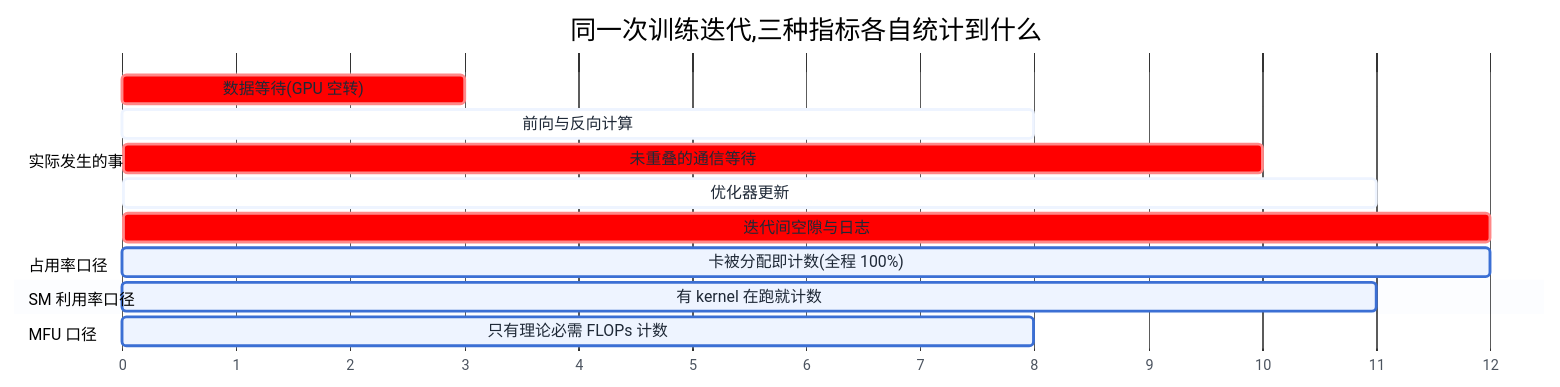
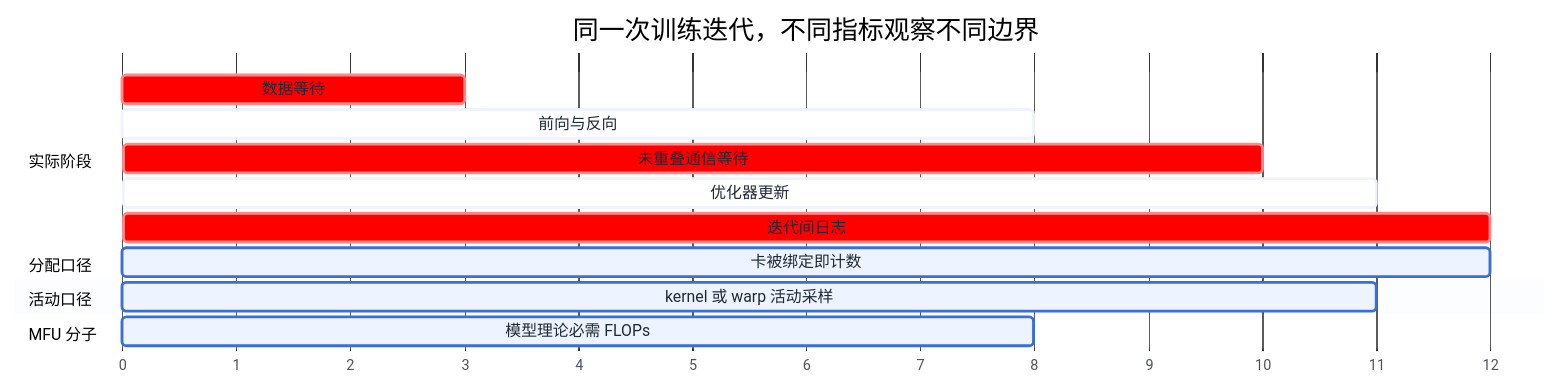
The first of 2 diagrams in 第二部分-算力底座/第11章-多租户与利用率治理.md (cdavid817/AI-Infra), drawn with Mermaid before and after one commit. The commit also changed other lines of this file and 117 other files, not shown here.

````diff
--- a/第二部分-算力底座/第11章-多租户与利用率治理.md
+++ b/第二部分-算力底座/第11章-多租户与利用率治理.md
@@ -55,23 +97,23 @@
 ```mermaid
 %%{init: {'theme':'base','themeVariables':{
   'primaryColor':'#EEF4FF','primaryBorderColor':'#3B6FD4','primaryTextColor':'#1F2937',
   'secondaryColor':'#F3F4F6','tertiaryColor':'#FFFFFF',
   'lineColor':'#6B7280','fontFamily':'-apple-system, Segoe UI, Helvetica, Arial, sans-serif','fontSize':'14px'
 }}}%%
 gantt
     dateFormat X
     axisFormat %s
-    title 同一次训练迭代,三种指标各自统计到什么
-    section 实际发生的事
-    数据等待(GPU 空转)        :crit, 0, 3
-    前向与反向计算              :active, 3, 8
-    未重叠的通信等待            :crit, 8, 10
+    title 同一次训练迭代，不同指标观察不同边界
+    section 实际阶段
+    数据等待                    :crit, 0, 3
+    前向与反向                  :active, 3, 8
+    未重叠通信等待              :crit, 8, 10
     优化器更新                  :active, 10, 11
-    迭代间空隙与日志            :crit, 11, 12
-    section 占用率口径
-    卡被分配即计数(全程 100%) :0, 12
-    section SM 利用率口径
-    有 kernel 在跑就计数        :3, 11
-    section MFU 口径
-    只有理论必需 FLOPs 计数     :3, 8
+    迭代间日志                  :crit, 11, 12
+    section 分配口径
+    卡被绑定即计数              :0, 12
+    section 活动口径
+    kernel 或 warp 活动采样     :3, 11
+    section MFU 分子
+    模型理论必需 FLOPs          :3, 8
 ```
````
